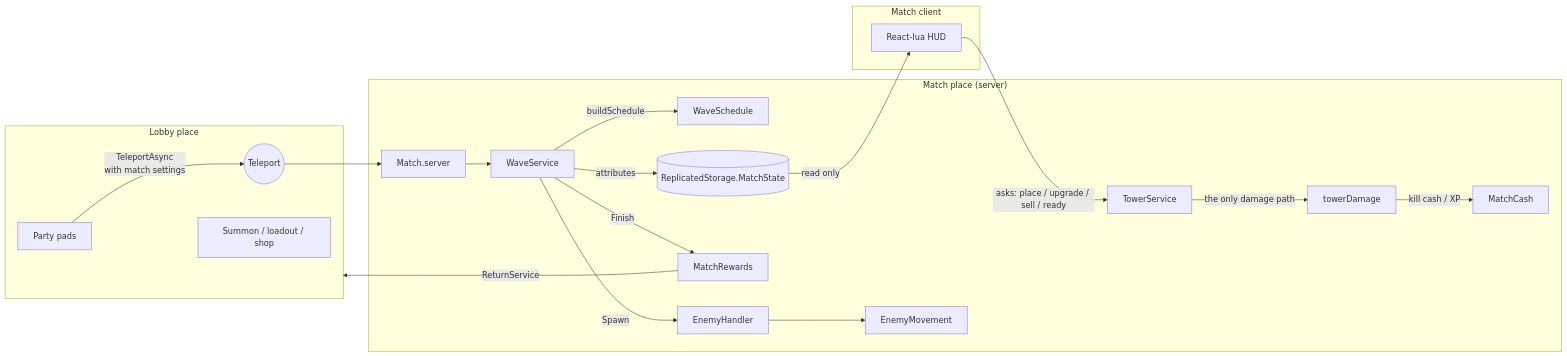
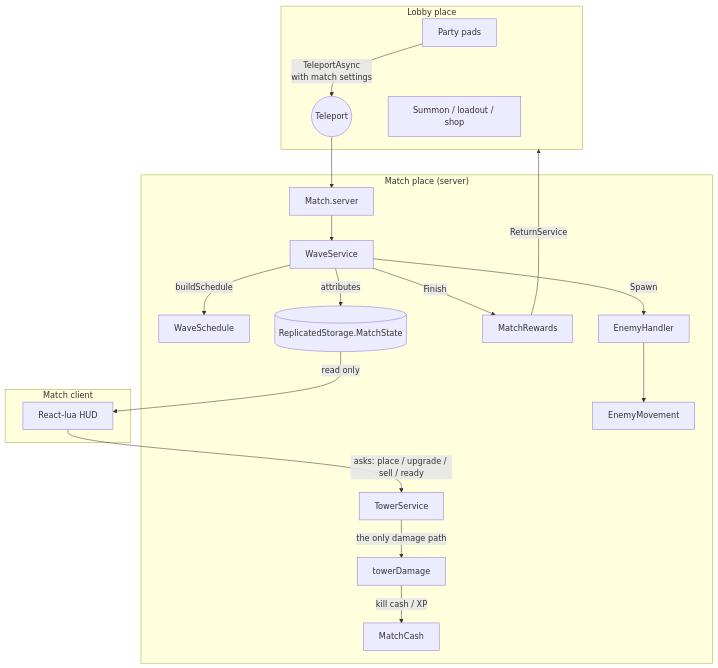
Before and after one commit to Ar7ti/sky-island-td-showcase: the diagram in README.md, drawn with Mermaid. The commit also changed other lines of this file, not shown here.

Commit message:
Show both screenshots side by side and stack the architecture diagram

````diff
--- a/README.md
+++ b/README.md
@@ -46,25 +43,25 @@
 ```mermaid
-flowchart LR
+flowchart TB
     subgraph Lobby["Lobby place"]
         LP[Party pads] -->|TeleportAsync<br/>with match settings| TP
         LS[Summon / loadout / shop]
     end
     TP((Teleport)) --> M
 
     subgraph Match["Match place (server)"]
         M[Match.server] --> WS[WaveService]
         WS -->|buildSchedule| SCH[WaveSchedule]
         WS -->|Spawn| EH[EnemyHandler] --> EM[EnemyMovement]
         TS[TowerService] -->|the only damage path| TD[towerDamage]
         TD -->|kill cash / XP| EC[MatchCash]
         WS -->|Finish| MR[MatchRewards]
         WS -->|attributes| MS[(ReplicatedStorage.MatchState)]
     end
 
     subgraph Client["Match client"]
         MS -->|read only| HUD[React-lua HUD]
         HUD -->|asks: place / upgrade / sell / ready| TS
     end
 
     MR -->|ReturnService| Lobby
 ```
````
